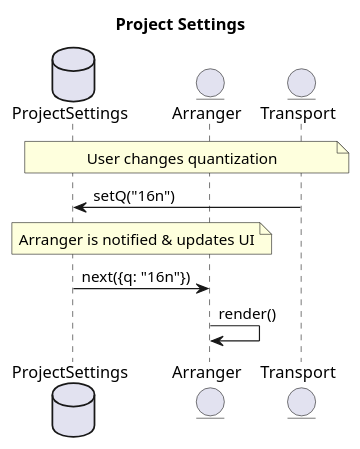
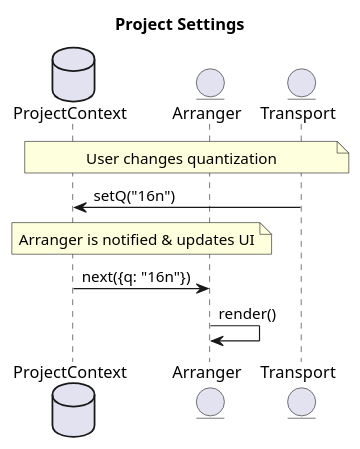
One commit to artiphishle/daw changed the diagram in docs/sequenceDiagrams/ProjectSettings.plantuml. Above: the diagram before and after it, drawn with PlantUML. The commit also changed 39 other files, not shown here.

```diff
--- a/docs/sequenceDiagrams/ProjectSettings.plantuml
+++ b/docs/sequenceDiagrams/ProjectSettings.plantuml
@@ -1,16 +1,16 @@
-@startuml ProjectSettings
+@startuml ProjectContext
 
 title Project Settings
 
-database ProjectSettings
+database ProjectContext
 entity Arranger
 entity Transport
 
-note over ProjectSettings, Transport: User changes quantization
-Transport->ProjectSettings: setQ("16n")
+note over ProjectContext, Transport: User changes quantization
+Transport->ProjectContext: setQ("16n")
 
-note over ProjectSettings,Arranger: Arranger is notified & updates UI
-ProjectSettings->Arranger: next({q: "16n"})
+note over ProjectContext,Arranger: Arranger is notified & updates UI
+ProjectContext->Arranger: next({q: "16n"})
 Arranger->Arranger: render()
 
 @enduml
```
